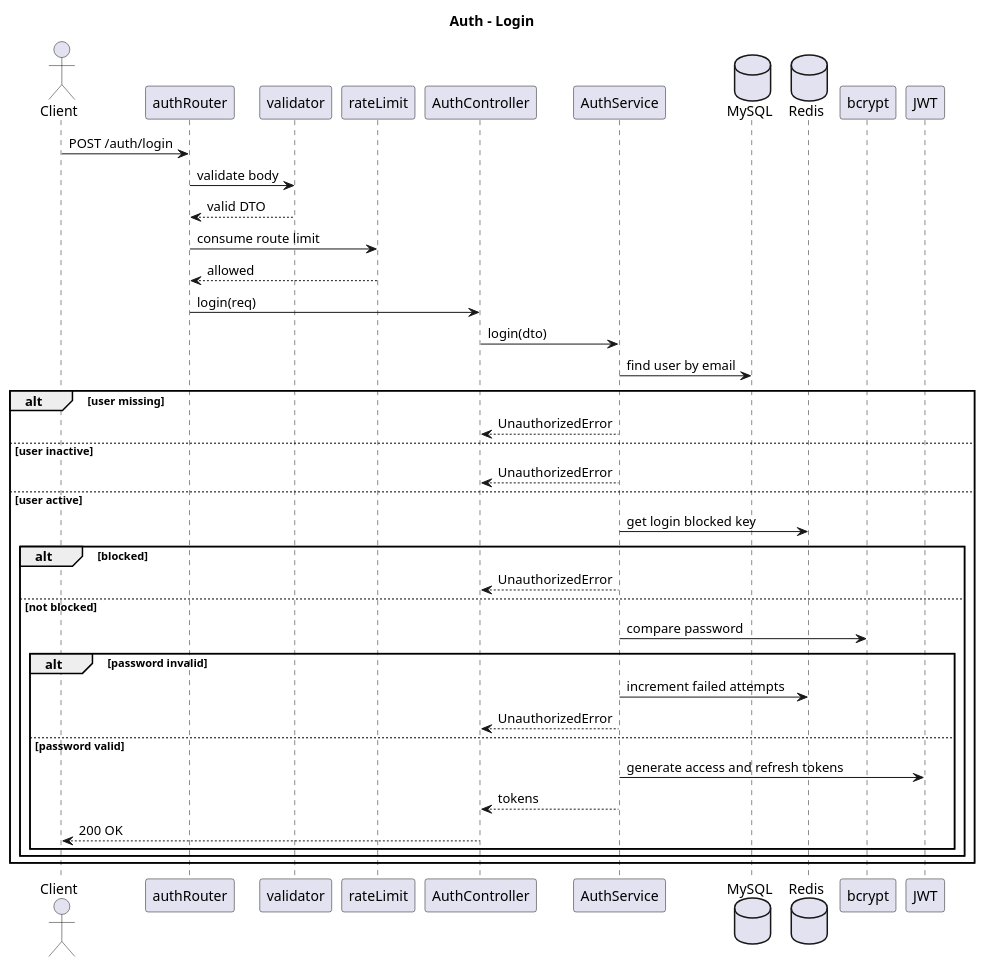
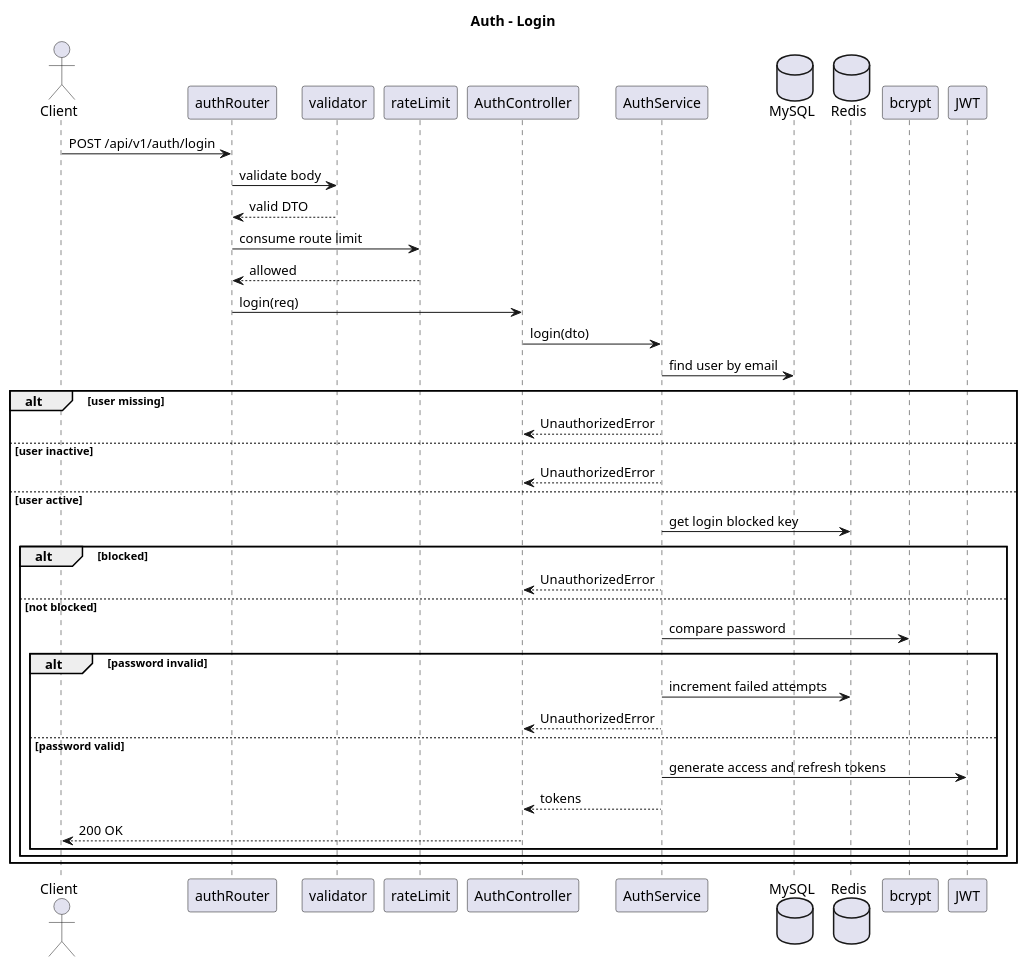
One commit to sy-nt/CNPMM_BE changed the second of 9 diagrams in docs/202605061020-auth-user-use-cases.md. Above: the diagram before and after it, drawn with PlantUML. The commit also changed other lines of this file and 9 other files, not shown here.

````diff
--- a/docs/202605061020-auth-user-use-cases.md
+++ b/docs/202605061020-auth-user-use-cases.md
@@ -82,46 +87,46 @@
 ```plantuml
 @startuml
 title Auth - Login
 
 actor Client
 participant "authRouter" as Router
 participant "validator" as Validator
 participant "rateLimit" as RateLimit
 participant "AuthController" as Controller
 participant "AuthService" as Service
 database "MySQL" as DB
 database "Redis" as Redis
 participant "bcrypt" as Bcrypt
 participant "JWT" as JWT
 
-Client -> Router: POST /auth/login
+Client -> Router: POST /api/v1/auth/login
 Router -> Validator: validate body
 Validator --> Router: valid DTO
 Router -> RateLimit: consume route limit
 RateLimit --> Router: allowed
 Router -> Controller: login(req)
 Controller -> Service: login(dto)
 Service -> DB: find user by email
 alt user missing
     Service --> Controller: UnauthorizedError
 else user inactive
     Service --> Controller: UnauthorizedError
 else user active
     Service -> Redis: get login blocked key
     alt blocked
         Service --> Controller: UnauthorizedError
     else not blocked
         Service -> Bcrypt: compare password
         alt password invalid
             Service -> Redis: increment failed attempts
             Service --> Controller: UnauthorizedError
         else password valid
             Service -> JWT: generate access and refresh tokens
             Service --> Controller: tokens
             Controller --> Client: 200 OK
         end
     end
 end
 
 @enduml
 ```
````
